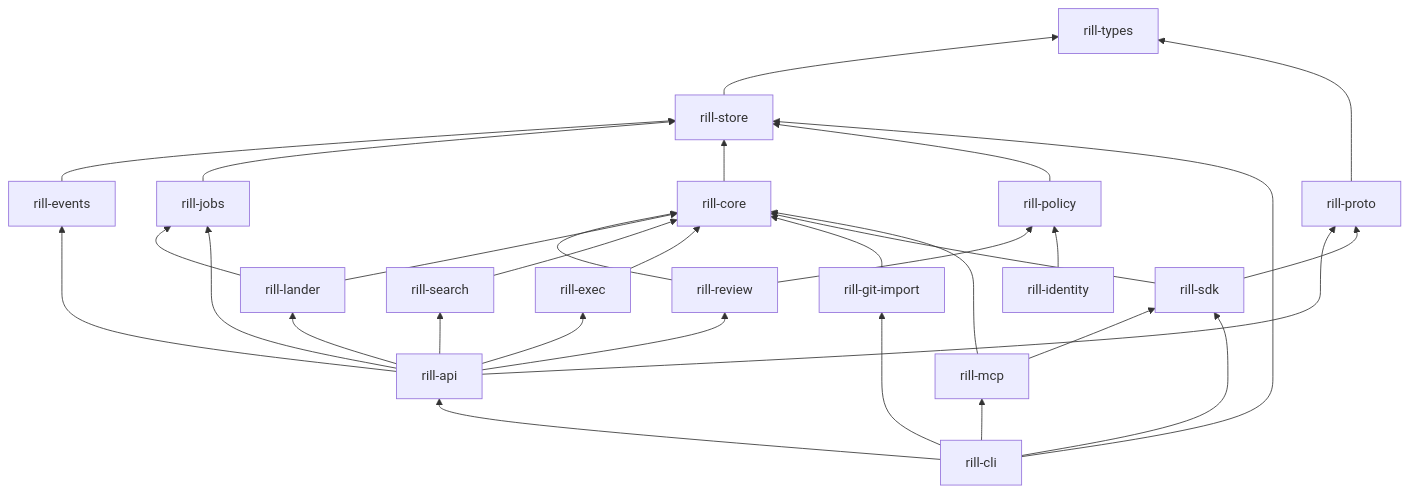
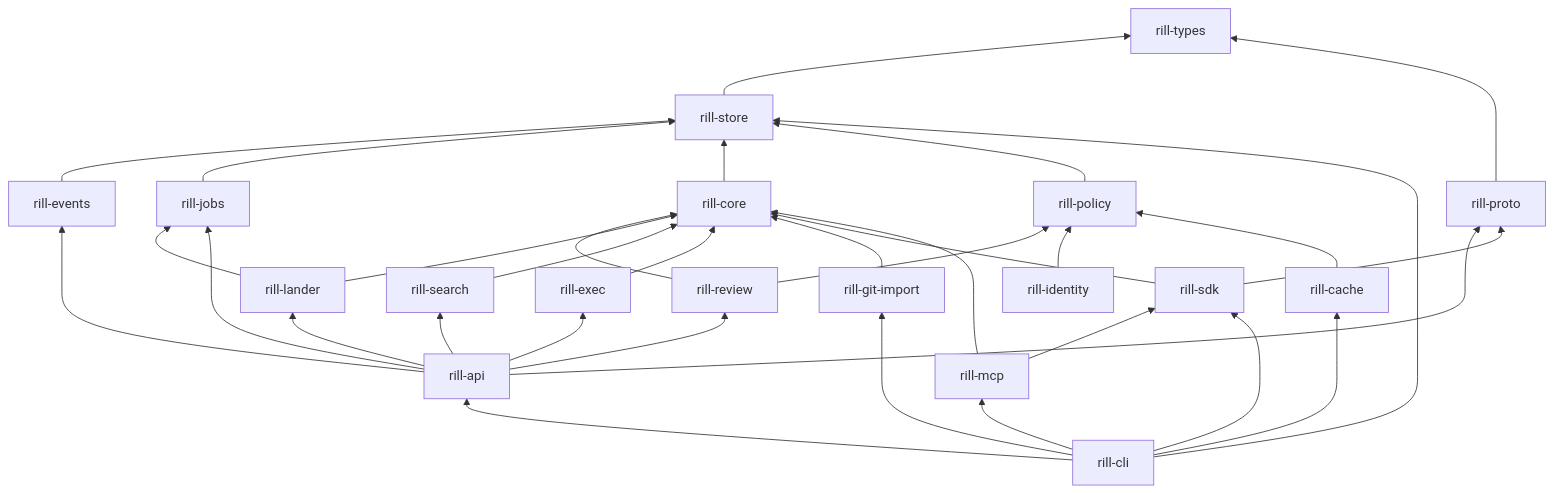
The diagram in architecture/01-overview/crates-and-layering.md (envoy1084/rill), drawn with Mermaid before and after one commit. The commit also changed other lines of this file and 27 other files, not shown here.

First line of the commit message:
cache: rill-cache, the regional cache tier, and `rill cache`

````diff
--- a/architecture/01-overview/crates-and-layering.md
+++ b/architecture/01-overview/crates-and-layering.md
@@ -40,20 +41,21 @@
 ```mermaid
 flowchart BT
   types[rill-types]
   store[rill-store] --> types
   events[rill-events] --> store
   jobs[rill-jobs] --> store
   core[rill-core] --> store
   policy[rill-policy] --> store
   review[rill-review] --> core & policy
   lander[rill-lander] --> core & jobs
   search[rill-search] --> core
   exec[rill-exec] --> core
   import[rill-git-import] --> core
   identity[rill-identity] --> policy
   proto[rill-proto] --> types
   server[rill-api] --> review & lander & search & exec & proto & events & jobs
+  cache[rill-cache] --> policy
   sdk[rill-sdk] --> proto & core
   mcp[rill-mcp] --> sdk & core
-  cli[rill-cli] --> sdk & mcp & server & store & import
+  cli[rill-cli] --> sdk & mcp & server & cache & store & import
 ```
````
